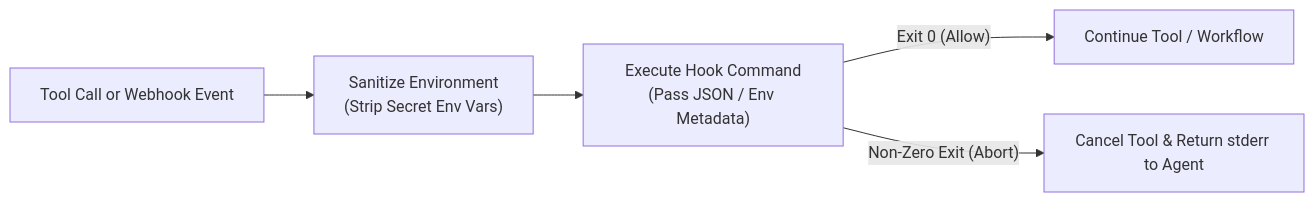
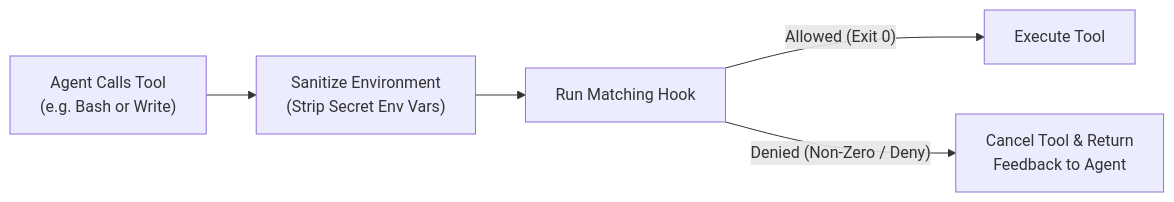
One commit to talkops-ai/talkops changed the diagram in docs/talkops-docs/hooks.md. Above: the diagram before and after it, drawn with Mermaid. The commit also changed other lines of this file and 81 other files, not shown here.

````diff
--- a/docs/talkops-docs/hooks.md
+++ b/docs/talkops-docs/hooks.md
@@ -76,7 +115,7 @@
 ```mermaid
 flowchart LR
-    Event["Tool Call or Webhook Event"] --> Env["Sanitize Environment\n(Strip Secret Env Vars)"]
-    Env --> Hook["Execute Hook Command\n(Pass JSON / Env Metadata)"]
-    Hook -->|"Exit 0 (Allow)"| Proceed["Continue Tool / Workflow"]
-    Hook -->|"Non-Zero Exit (Abort)"| Block["Cancel Tool &amp; Return stderr to Agent"]
+    Call["Agent Calls Tool\n(e.g. Bash or Write)"] --> Sanitize["Sanitize Environment\n(Strip Secret Env Vars)"]
+    Sanitize --> Hook["Run Matching Hook"]
+    Hook -->|"Allowed (Exit 0)"| Execute["Execute Tool"]
+    Hook -->|"Denied (Non-Zero / Deny)"| Block["Cancel Tool & Return\nFeedback to Agent"]
 ```
````
